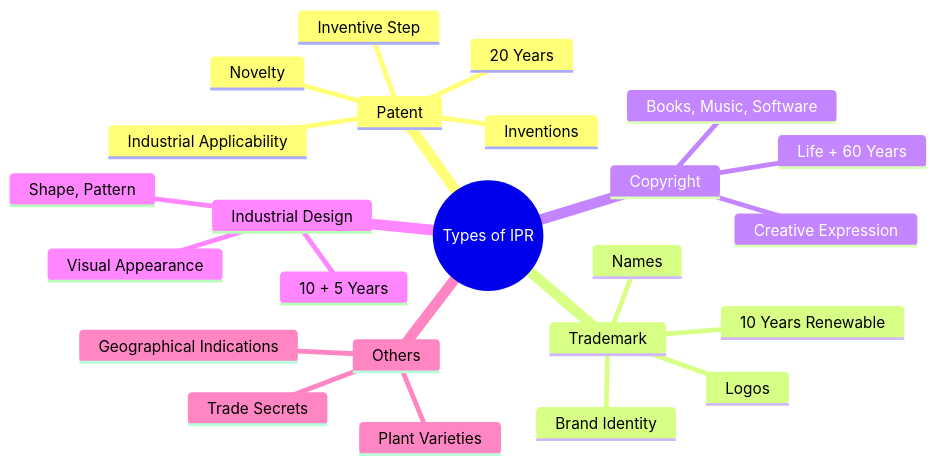
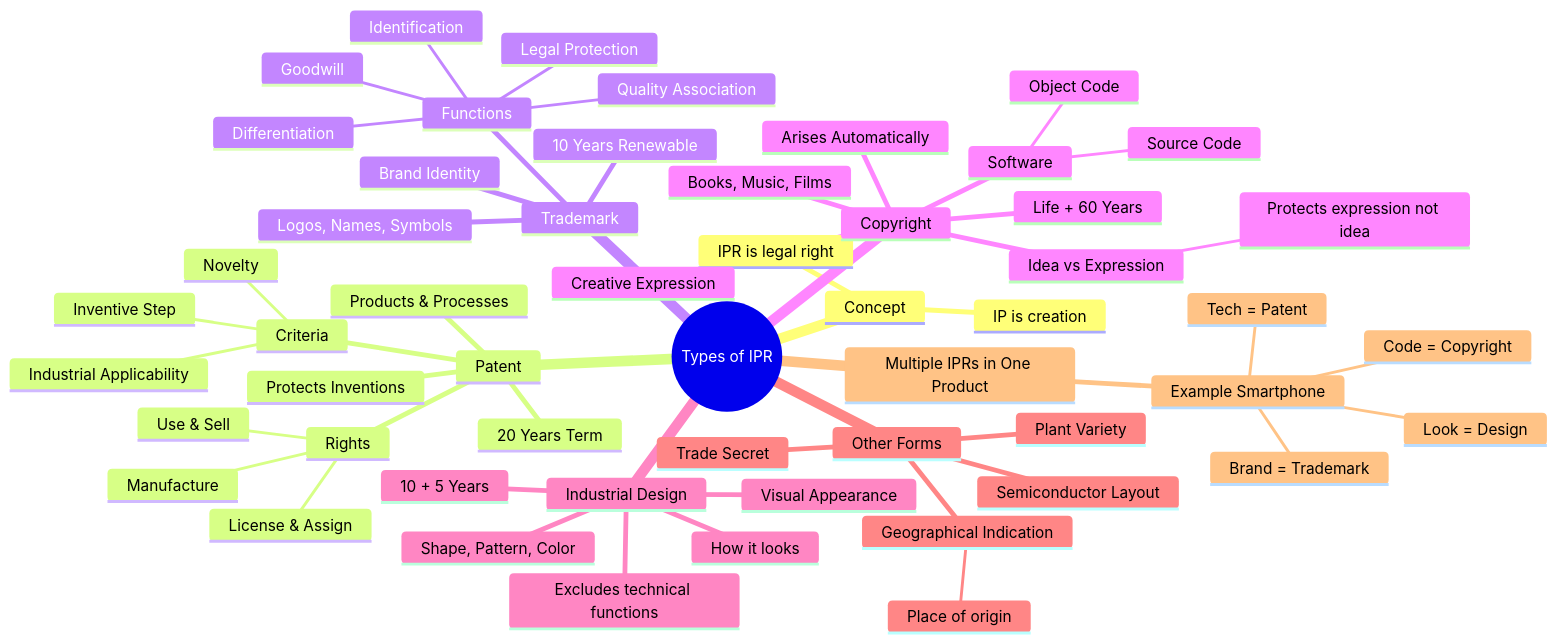
Diagram 19 of 19 in 03_Types_of_IPR.md (Aryns293/IPR), drawn with Mermaid before and after one commit. The commit also changed other lines of this file, not shown here.

Commit message:
Expand mindmap in 03_Types_of_IPR.md

````diff
--- a/03_Types_of_IPR.md
+++ b/03_Types_of_IPR.md
@@ -736,27 +735,57 @@
 ```mermaid
 mindmap
   root((Types of IPR))
+    Concept
+      IP is creation
+      IPR is legal right
     Patent
-      Inventions
-      Novelty
-      Inventive Step
-      Industrial Applicability
-      20 Years
+      Protects Inventions
+      Products & Processes
+      Criteria
+        Novelty
+        Inventive Step
+        Industrial Applicability
+      Rights
+        Manufacture
+        Use & Sell
+        License & Assign
+      20 Years Term
     Trademark
       Brand Identity
-      Logos
-      Names
+      Logos, Names, Symbols
+      Functions
+        Identification
+        Differentiation
+        Quality Association
+        Goodwill
+        Legal Protection
       10 Years Renewable
     Copyright
       Creative Expression
-      Books, Music, Software
+      Books, Music, Films
+      Software
+        Source Code
+        Object Code
+      Idea vs Expression
+        Protects expression not idea
+      Arises Automatically
       Life + 60 Years
     Industrial Design
       Visual Appearance
-      Shape, Pattern
+      How it looks
+      Shape, Pattern, Color
+      Excludes technical functions
       10 + 5 Years
-    Others
-      Geographical Indications
-      Trade Secrets
-      Plant Varieties
+    Other Forms
+      Geographical Indication
+        Place of origin
+      Trade Secret
+      Plant Variety
+      Semiconductor Layout
+    Multiple IPRs in One Product
+      Example Smartphone
+        Tech = Patent
+        Brand = Trademark
+        Code = Copyright
+        Look = Design
 ```
````
